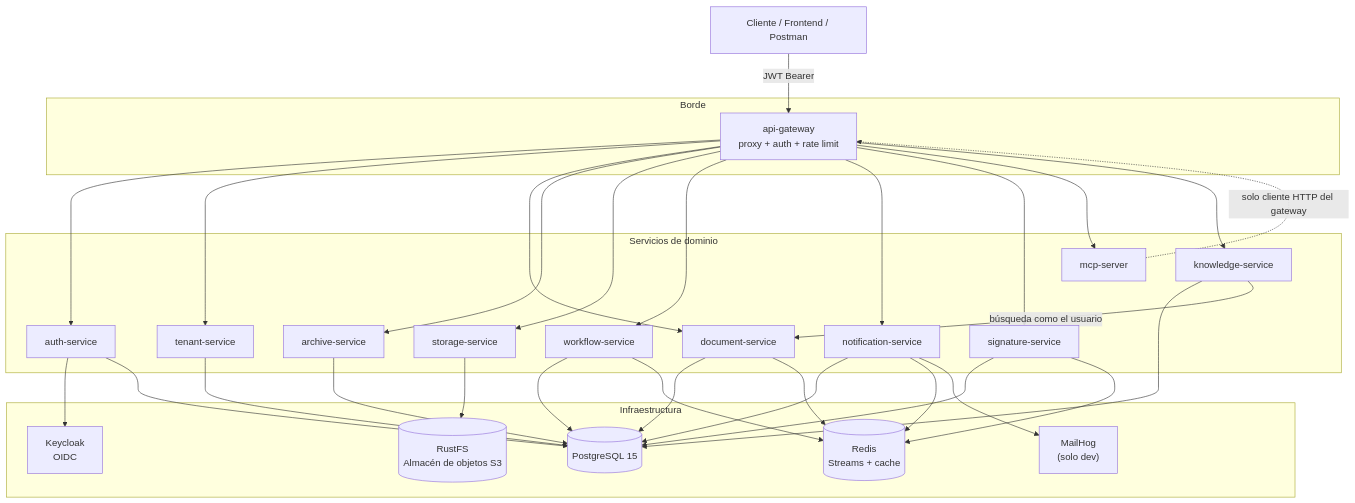
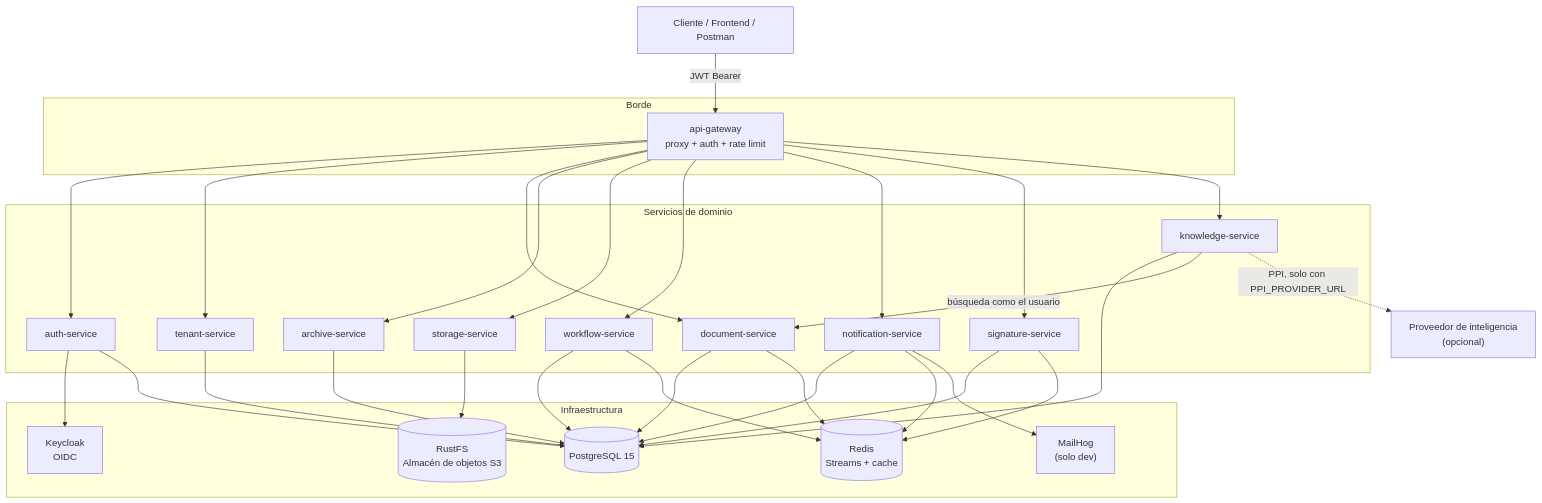
The first of 5 diagrams in docs/es/architecture.md (camilo1rp/docuboto), drawn with Mermaid before and after one commit. The commit also changed other lines of this file and 26 other files, not shown here.

Commit message:
docs: ADR-051 implementado, sin MCP y con PPI v1.4.0 (es/en)

````diff
--- a/docs/es/architecture.md
+++ b/docs/es/architecture.md
@@ -14,59 +14,57 @@
 ```mermaid
 graph TB
     Cliente["Cliente / Frontend / Postman"]
 
     subgraph edge["Borde"]
         GW["api-gateway<br/>proxy + auth + rate limit"]
     end
 
     subgraph core["Servicios de dominio"]
         AUTH["auth-service"]
         TEN["tenant-service"]
         DOC["document-service"]
         ARC["archive-service"]
         STO["storage-service"]
         WF["workflow-service"]
         NOT["notification-service"]
         SIG["signature-service"]
-        MCP["mcp-server"]
         KNO["knowledge-service"]
     end
 
     subgraph infra["Infraestructura"]
         PG[("PostgreSQL 15")]
         REDIS[("Redis<br/>Streams + cache")]
         MINIO[("RustFS<br/>Almacén de objetos S3")]
         KC["Keycloak<br/>OIDC"]
         MAIL["MailHog<br/>(solo dev)"]
     end
 
     Cliente -->|JWT Bearer| GW
     GW --> AUTH
     GW --> TEN
     GW --> DOC
     GW --> ARC
     GW --> STO
     GW --> WF
     GW --> NOT
     GW --> SIG
-    GW --> MCP
     GW --> KNO
 
     AUTH --> KC
     AUTH --> PG
     TEN --> PG
     DOC --> PG
     DOC --> REDIS
     ARC --> PG
     STO --> MINIO
     WF --> PG
     WF --> REDIS
     NOT --> PG
     NOT --> REDIS
     NOT --> MAIL
     SIG --> PG
     SIG --> REDIS
     KNO --> PG
     KNO -->|búsqueda como el usuario| DOC
-    MCP -.->|solo cliente HTTP del gateway| GW
+    KNO -.->|PPI, solo con PPI_PROVIDER_URL| PPI["Proveedor de inteligencia<br/>(opcional)"]
 ```
````
